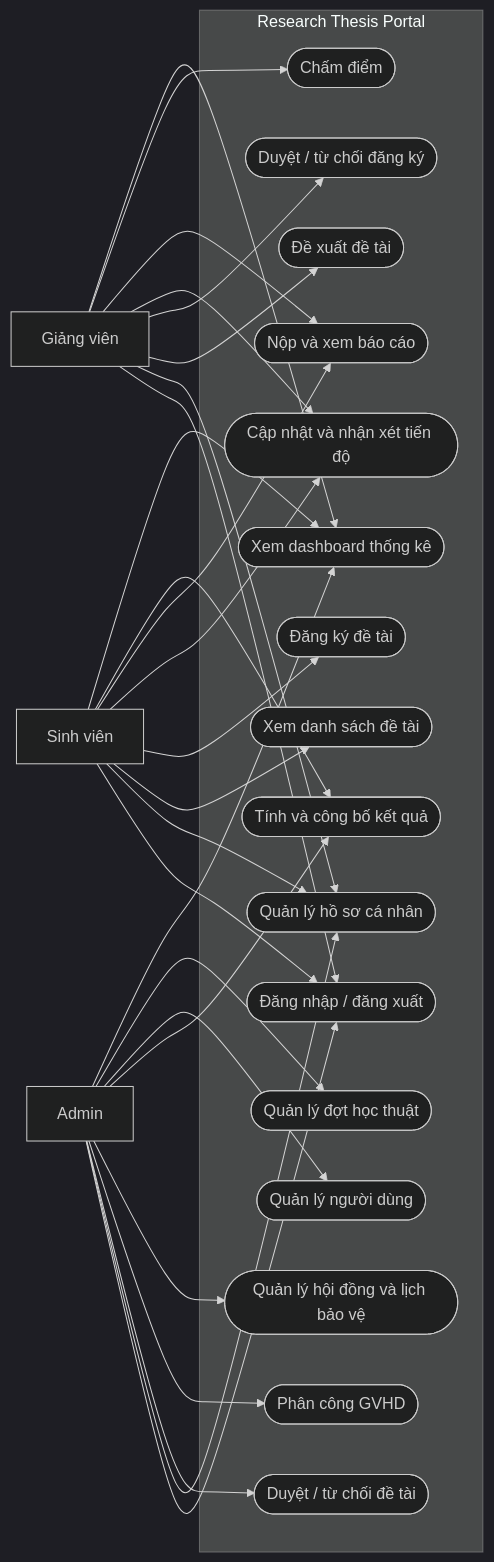
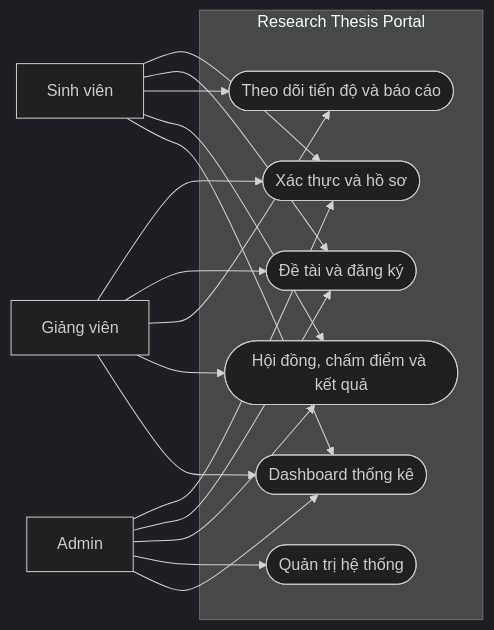
Before and after one commit to VanTruong475/research-thesis-portal: the first of 13 diagrams in docs/diagrams_research_thesis_portal.md, drawn with Mermaid (dark theme).

Commit message:
docs(diagrams): add thesis report diagrams

````diff
--- a/docs/diagrams_research_thesis_portal.md
+++ b/docs/diagrams_research_thesis_portal.md
@@ -11,53 +11,33 @@
 ```mermaid
 flowchart LR
     Student["Sinh viên"]
     Lecturer["Giảng viên"]
     Admin["Admin"]
 
     subgraph System["Research Thesis Portal"]
-        UC_Login(["Đăng nhập / đăng xuất"])
-        UC_Profile(["Quản lý hồ sơ cá nhân"])
-        UC_ViewTopics(["Xem danh sách đề tài"])
-        UC_RegisterTopic(["Đăng ký đề tài"])
-        UC_ProposeTopic(["Đề xuất đề tài"])
-        UC_ReviewTopic(["Duyệt / từ chối đề tài"])
-        UC_ReviewRegistration(["Duyệt / từ chối đăng ký"])
-        UC_AssignSupervisor(["Phân công GVHD"])
-        UC_Progress(["Cập nhật và nhận xét tiến độ"])
-        UC_Report(["Nộp và xem báo cáo"])
-        UC_Council(["Quản lý hội đồng và lịch bảo vệ"])
-        UC_Score(["Chấm điểm"])
-        UC_Result(["Tính và công bố kết quả"])
-        UC_Users(["Quản lý người dùng"])
-        UC_Periods(["Quản lý đợt học thuật"])
-        UC_Dashboard(["Xem dashboard thống kê"])
+        UC_Auth(["Xác thực và hồ sơ"])
+        UC_TopicRegistration(["Đề tài và đăng ký"])
+        UC_Execution(["Theo dõi tiến độ và báo cáo"])
+        UC_CouncilEvaluation(["Hội đồng, chấm điểm và kết quả"])
+        UC_AdminManagement(["Quản trị hệ thống"])
+        UC_Dashboard(["Dashboard thống kê"])
     end
 
-    Student --> UC_Login
-    Student --> UC_Profile
-    Student --> UC_ViewTopics
-    Student --> UC_RegisterTopic
-    Student --> UC_Progress
-    Student --> UC_Report
-    Student --> UC_Result
+    Student --> UC_Auth
+    Student --> UC_TopicRegistration
+    Student --> UC_Execution
+    Student --> UC_CouncilEvaluation
     Student --> UC_Dashboard
 
-    Lecturer --> UC_Login
-    Lecturer --> UC_Profile
-    Lecturer --> UC_ProposeTopic
-    Lecturer --> UC_ReviewRegistration
-    Lecturer --> UC_Progress
-    Lecturer --> UC_Report
-    Lecturer --> UC_Score
+    Lecturer --> UC_Auth
+    Lecturer --> UC_TopicRegistration
+    Lecturer --> UC_Execution
+    Lecturer --> UC_CouncilEvaluation
     Lecturer --> UC_Dashboard
 
-    Admin --> UC_Login
-    Admin --> UC_Profile
-    Admin --> UC_ReviewTopic
-    Admin --> UC_AssignSupervisor
-    Admin --> UC_Council
-    Admin --> UC_Result
-    Admin --> UC_Users
-    Admin --> UC_Periods
+    Admin --> UC_Auth
+    Admin --> UC_TopicRegistration
+    Admin --> UC_CouncilEvaluation
+    Admin --> UC_AdminManagement
     Admin --> UC_Dashboard
 ```
````
